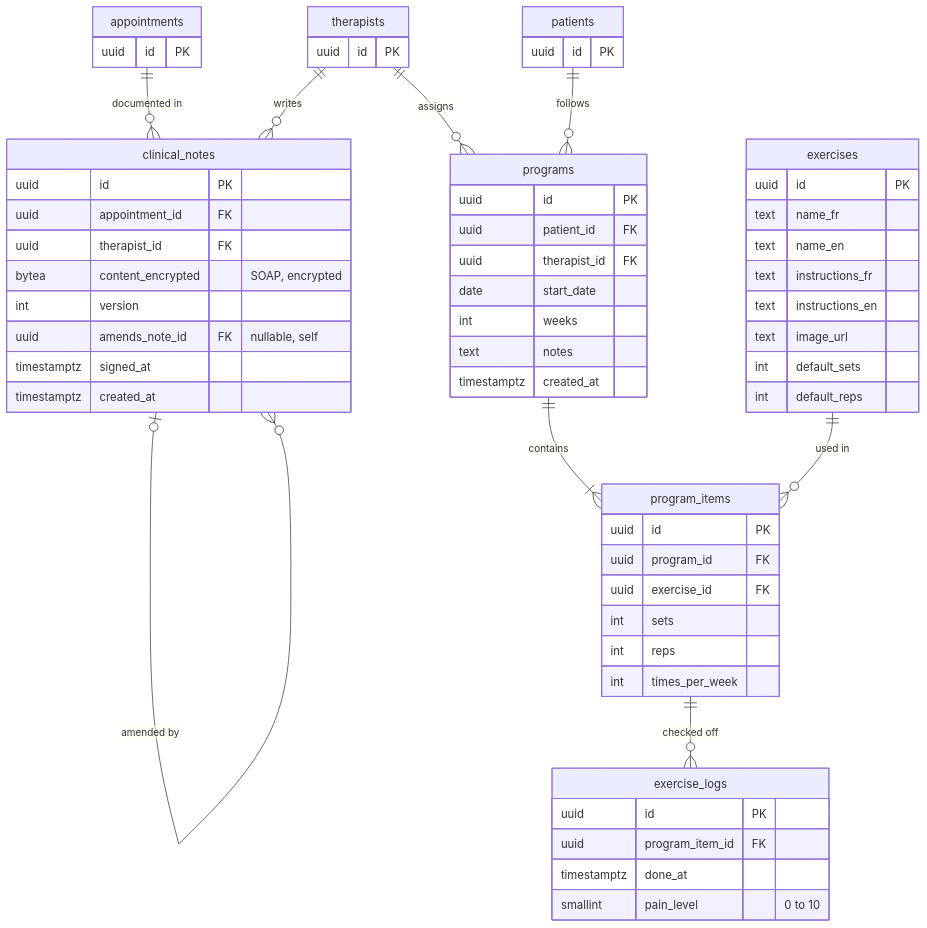
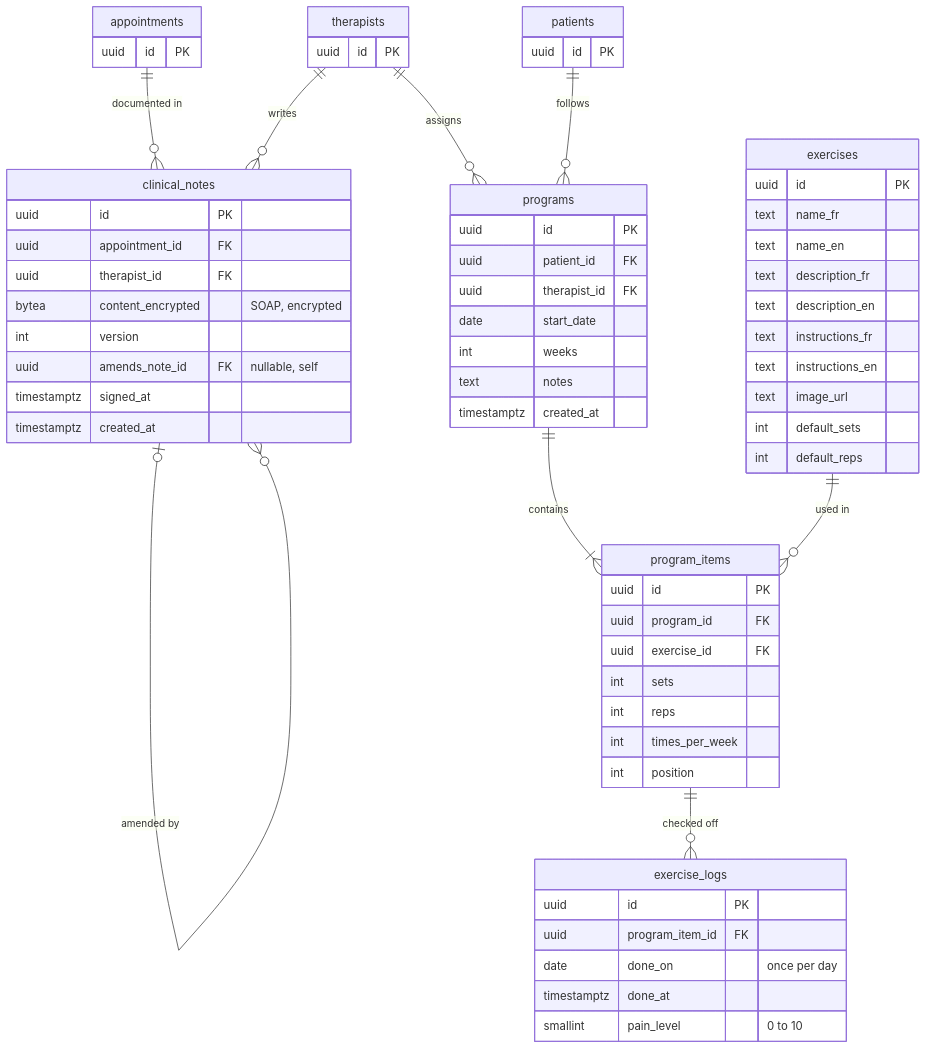
The fifth of 7 diagrams in docs/erd.md (kkprojects5/clinique-physio), drawn with Mermaid before and after one commit. The commit also changed 15 other files, not shown here.

````diff
--- a/docs/erd.md
+++ b/docs/erd.md
@@ -251,63 +251,67 @@
 ```mermaid
 erDiagram
     appointments ||--o{ clinical_notes : "documented in"
     therapists ||--o{ clinical_notes : "writes"
     clinical_notes |o--o{ clinical_notes : "amended by"
     patients ||--o{ programs : "follows"
     therapists ||--o{ programs : "assigns"
     programs ||--|{ program_items : "contains"
     exercises ||--o{ program_items : "used in"
     program_items ||--o{ exercise_logs : "checked off"
     clinical_notes {
         uuid id PK
         uuid appointment_id FK
         uuid therapist_id FK
         bytea content_encrypted "SOAP, encrypted"
         int version
         uuid amends_note_id FK "nullable, self"
         timestamptz signed_at
         timestamptz created_at
     }
     programs {
         uuid id PK
         uuid patient_id FK
         uuid therapist_id FK
         date start_date
         int weeks
         text notes
         timestamptz created_at
     }
     program_items {
         uuid id PK
         uuid program_id FK
         uuid exercise_id FK
         int sets
         int reps
         int times_per_week
+        int position
     }
     exercises {
         uuid id PK
         text name_fr
         text name_en
+        text description_fr
+        text description_en
         text instructions_fr
         text instructions_en
         text image_url
         int default_sets
         int default_reps
     }
     exercise_logs {
         uuid id PK
         uuid program_item_id FK
+        date done_on "once per day"
         timestamptz done_at
         smallint pain_level "0 to 10"
     }
     appointments {
         uuid id PK
     }
     patients {
         uuid id PK
     }
     therapists {
         uuid id PK
     }
 ```
````
